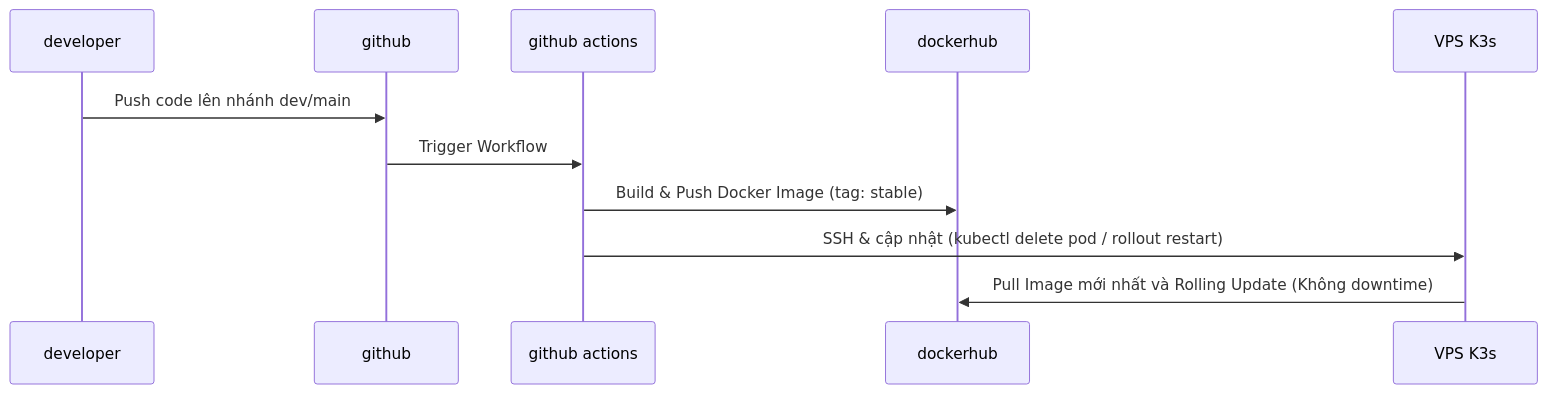
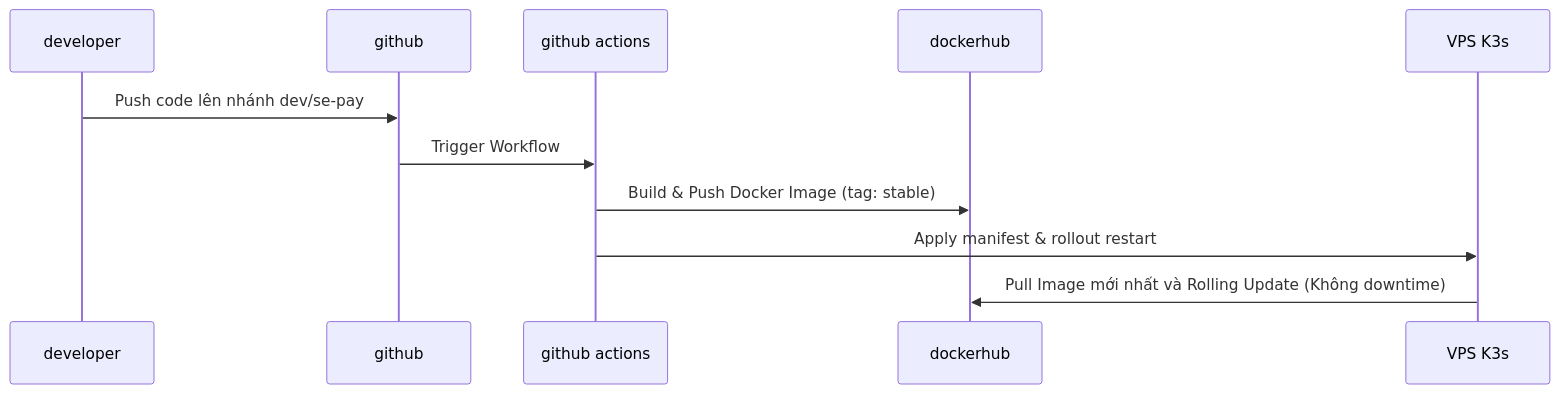
Before and after one commit to 19010853/ithust-app: the second of 2 diagrams in docs/production_deployment_playbook.md, drawn with Mermaid. The commit also changed other lines of this file and 43 other files, not shown here.

````diff
--- a/docs/production_deployment_playbook.md
+++ b/docs/production_deployment_playbook.md
@@ -164,8 +165,8 @@
 ```mermaid
 sequenceDiagram
-    developer->>github: Push code lên nhánh dev/main
+    developer->>github: Push code lên nhánh dev/se-pay
     github->>github actions: Trigger Workflow
     github actions->>dockerhub: Build & Push Docker Image (tag: stable)
-    github actions->>VPS K3s: SSH & cập nhật (kubectl delete pod / rollout restart)
+    github actions->>VPS K3s: Apply manifest & rollout restart
     VPS K3s->>dockerhub: Pull Image mới nhất và Rolling Update (Không downtime)
 ```
````
